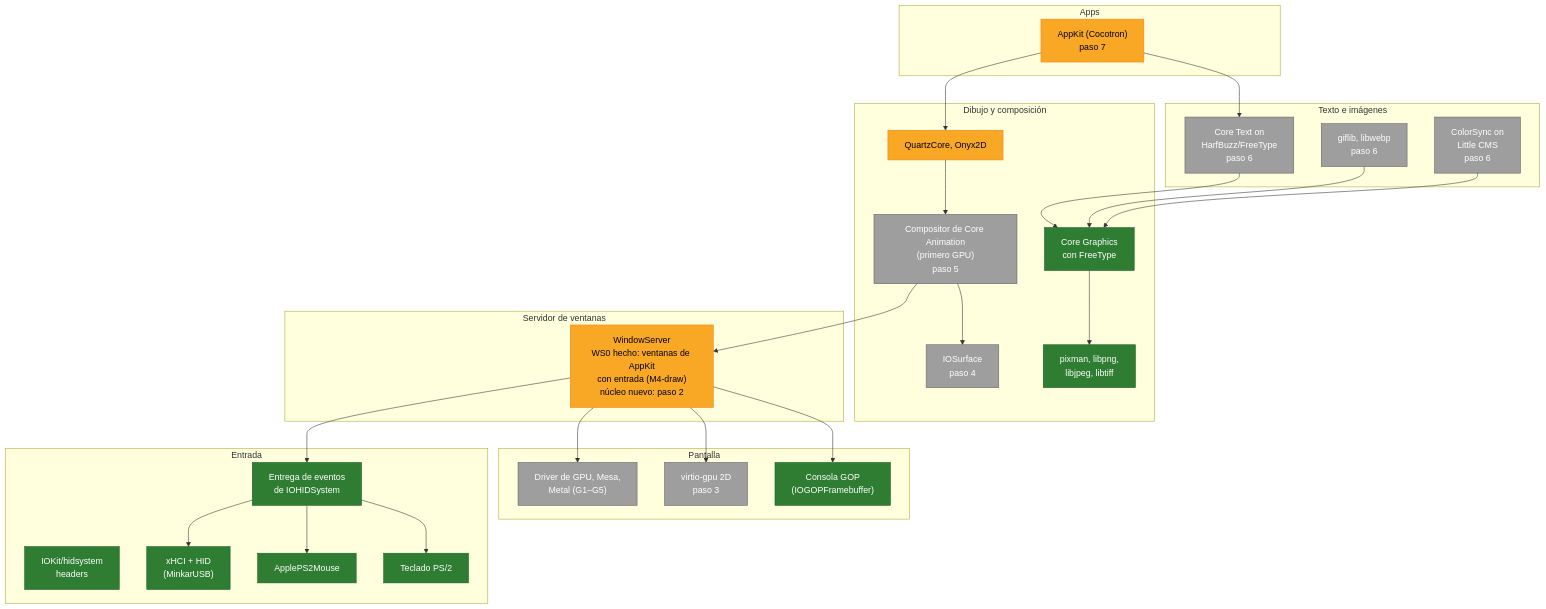
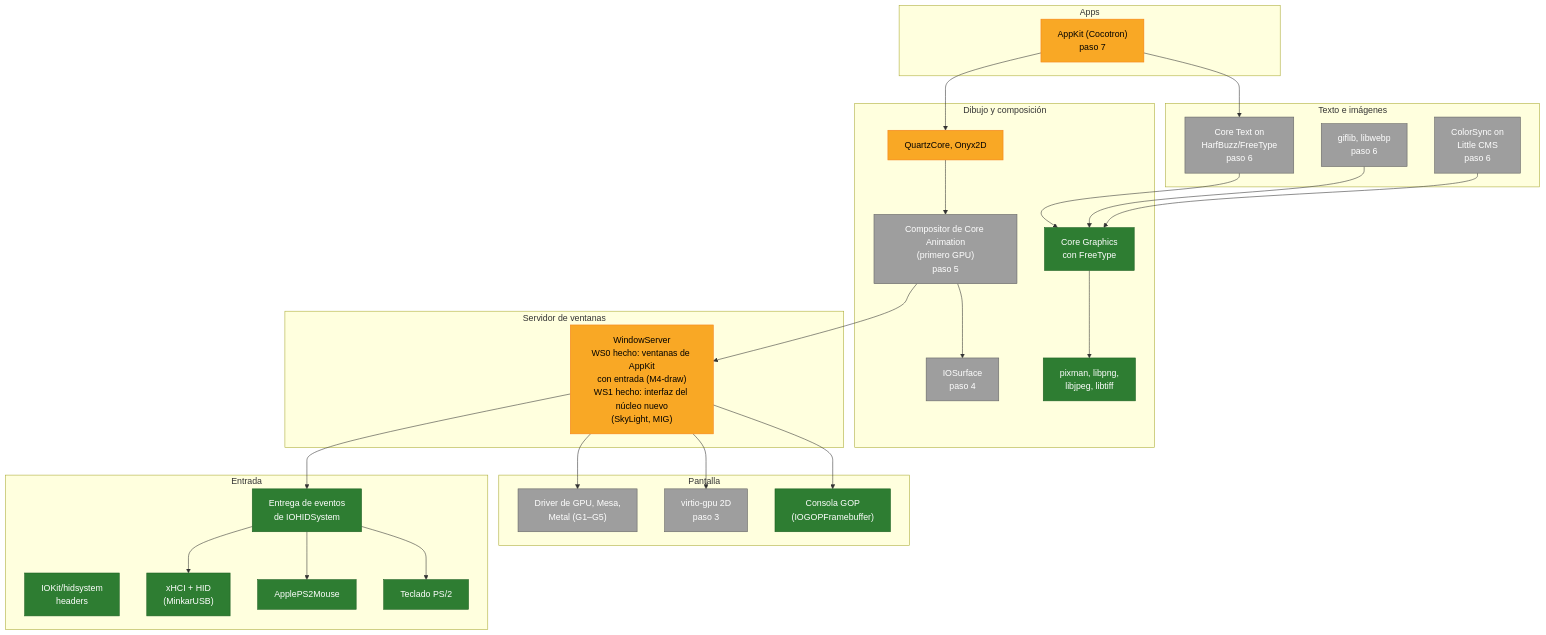
One commit to minkaros/minkar changed the third of 4 diagrams in Docs/Progress.es.md. Above: the diagram before and after it, drawn with Mermaid. The commit also changed other lines of this file and 5 other files, not shown here.

First line of the commit message:
Docs: WS1 done (the new core's interface and server, SkyLight)

````diff
--- a/Docs/Progress.es.md
+++ b/Docs/Progress.es.md
@@ -73,48 +73,48 @@
 ```mermaid
 flowchart TB
     subgraph APPS["Apps"]
         AK["AppKit (Cocotron)<br/>paso 7"]:::partial
     end
     subgraph TEXT["Texto e imágenes"]
         CT["Core Text on<br/>HarfBuzz/FreeType<br/>paso 6"]:::todo
         IMG["giflib, libwebp<br/>paso 6"]:::todo
         CS["ColorSync on<br/>Little CMS<br/>paso 6"]:::todo
     end
     subgraph DRAW["Dibujo y composición"]
         CG["Core Graphics<br/>con FreeType"]:::done
         LIBS["pixman, libpng,<br/>libjpeg, libtiff"]:::done
         QC["QuartzCore, Onyx2D"]:::partial
         CA["Compositor de Core Animation<br/>(primero GPU)<br/>paso 5"]:::todo
         IOS["IOSurface<br/>paso 4"]:::todo
     end
     subgraph SERVER["Servidor de ventanas"]
-        WS["WindowServer<br/>WS0 hecho: ventanas de AppKit<br/>con entrada (M4-draw)<br/>núcleo nuevo: paso 2"]:::partial
+        WS["WindowServer<br/>WS0 hecho: ventanas de AppKit<br/>con entrada (M4-draw)<br/>WS1 hecho: interfaz del núcleo nuevo<br/>(SkyLight, MIG)"]:::partial
     end
     subgraph INPUT["Entrada"]
         HIDH["IOKit/hidsystem<br/>headers"]:::done
         USB["xHCI + HID<br/>(MinkarUSB)"]:::done
         KBD["Teclado PS/2"]:::done
         MOUSE["ApplePS2Mouse"]:::done
         HIDS["Entrega de eventos<br/>de IOHIDSystem"]:::done
     end
     subgraph DISPLAY["Pantalla"]
         GOP["Consola GOP<br/>(IOGOPFramebuffer)"]:::done
         VGPU["virtio-gpu 2D<br/>paso 3"]:::todo
         GPUD["Driver de GPU, Mesa,<br/>Metal (G1–G5)"]:::todo
     end
 
     AK --> CT & QC
     CT --> CG
     QC --> CA --> IOS
     CA --> WS
     WS --> GOP & VGPU & GPUD
     WS --> HIDS
     HIDS --> KBD & MOUSE & USB
     CG --> LIBS
     IMG --> CG
     CS --> CG
 
     classDef done fill:#2e7d32,stroke:#1b5e20,color:#fff
     classDef partial fill:#f9a825,stroke:#f57f17,color:#000
     classDef todo fill:#9e9e9e,stroke:#616161,color:#fff
 ```
````
